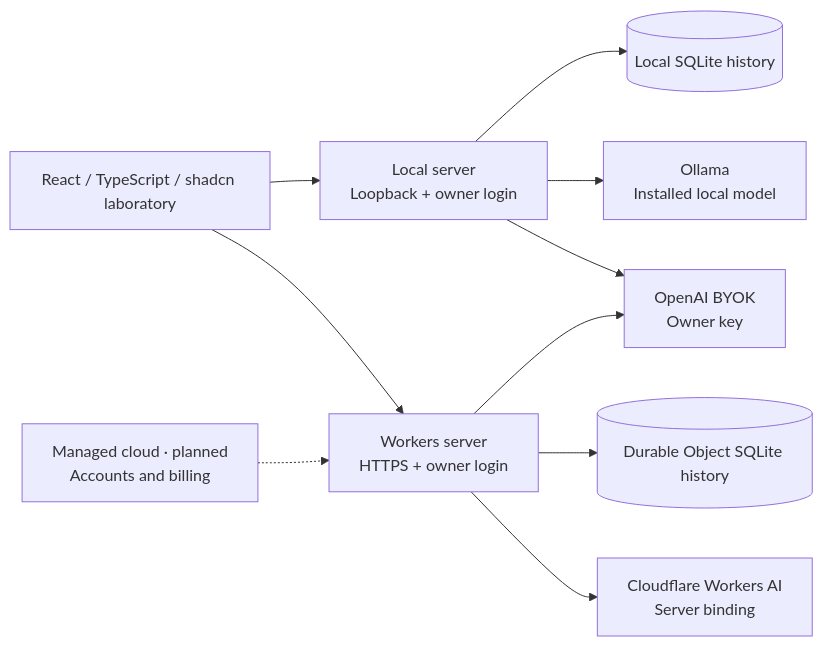
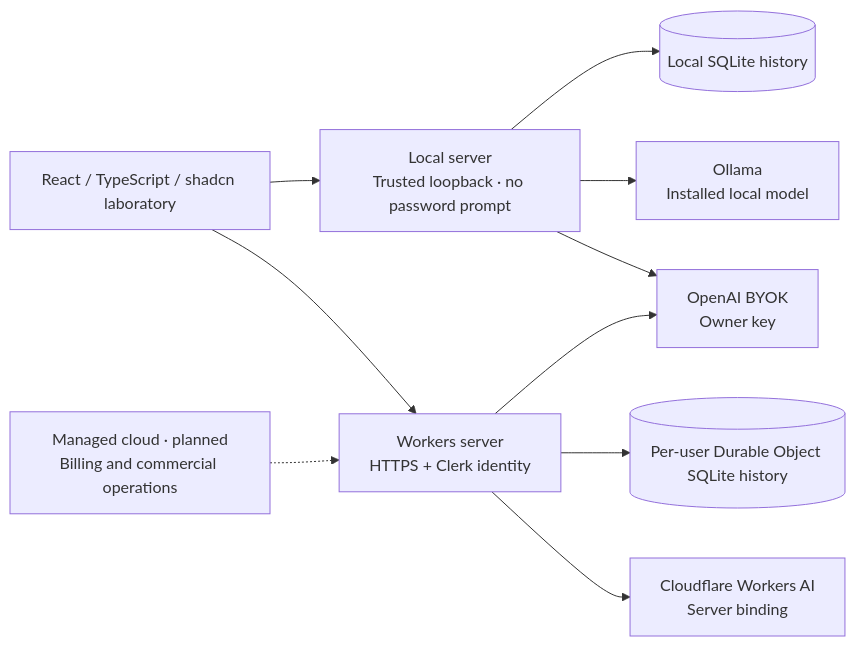
One commit to openifsoul/core changed the third of 4 diagrams in README.md. Above: the diagram before and after it, drawn with Mermaid. The commit also changed other lines of this file and 115 other files, not shown here.

````diff
--- a/README.md
+++ b/README.md
@@ -122,18 +124,18 @@
 ```mermaid
 flowchart LR
   UI["React / TypeScript / shadcn laboratory"] --> Local["Local server
-Loopback + owner login"]
+Trusted loopback · no password prompt"]
   UI --> Worker["Workers server
-HTTPS + owner login"]
+HTTPS + Clerk identity"]
   Local --> LM[("Local SQLite history")]
-  Worker --> CM[("Durable Object SQLite history")]
+  Worker --> CM[("Per-user Durable Object SQLite history")]
   Local --> Ollama["Ollama
 Installed local model"]
   Local --> OpenAI["OpenAI BYOK
 Owner key"]
   Worker --> OpenAI
   Worker --> AI["Cloudflare Workers AI
 Server binding"]
   Paid["Managed cloud · planned
-Accounts and billing"] -.-> Worker
+Billing and commercial operations"] -.-> Worker
 ```
````
